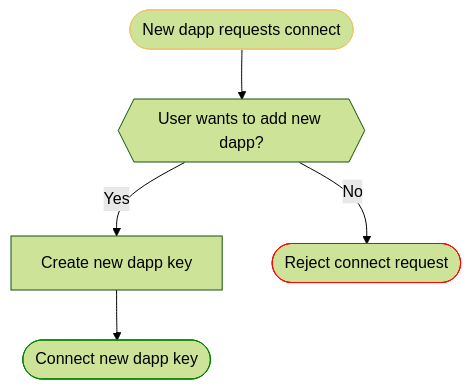
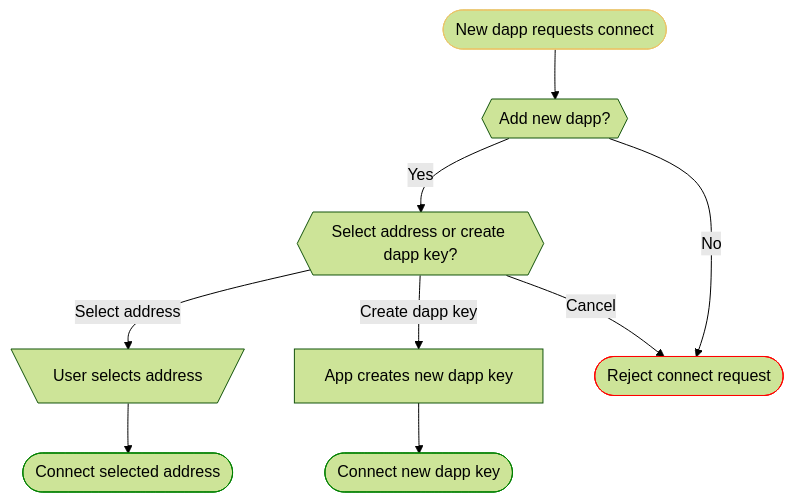
One commit to sealvault/sealvault changed the first of 2 diagrams in website/src/dev-docs/design/in-page-provider.md. Above: the diagram before and after it, drawn with Mermaid (forest theme). The commit also changed other lines of this file and 1 other file, not shown here.

Commit message:
Update dapp connect flows

````diff
--- a/website/src/dev-docs/design/in-page-provider.md
+++ b/website/src/dev-docs/design/in-page-provider.md
@@ -132,16 +135,20 @@
 ```mermaid
 flowchart TB
-    new_dapp([New dapp requests connect]) -->  add_dapp{{User wants to add new dapp?}}
-    add_dapp -- Yes --> create_key[Create new dapp key]
+    new_dapp([New dapp requests connect]) -->  add_dapp{{Add new dapp?}}
+    add_dapp -- Yes --> select_or_create{{Select address or create dapp key?}}
+    select_or_create -- Select address --> select_address[\User selects address/]
+    select_address --> connect_selected([Connect selected address])
+    select_or_create -- Create dapp key --> create_key[App creates new dapp key]
+    create_key --> connect_new([Connect new dapp key])
     add_dapp -- No --> reject([Reject connect request])
-    create_key --> connect([Connect new dapp key])
+    select_or_create -- Cancel --> reject
     
     %% CSS-based class defs don't work
     classDef green stroke:green;
     classDef red stroke:red;
     classDef yellow stroke:#e9c46a;
-    class connect green
+    class connect_selected,connect_new green
     class new_dapp yellow
     class reject red
 
 ```
````
